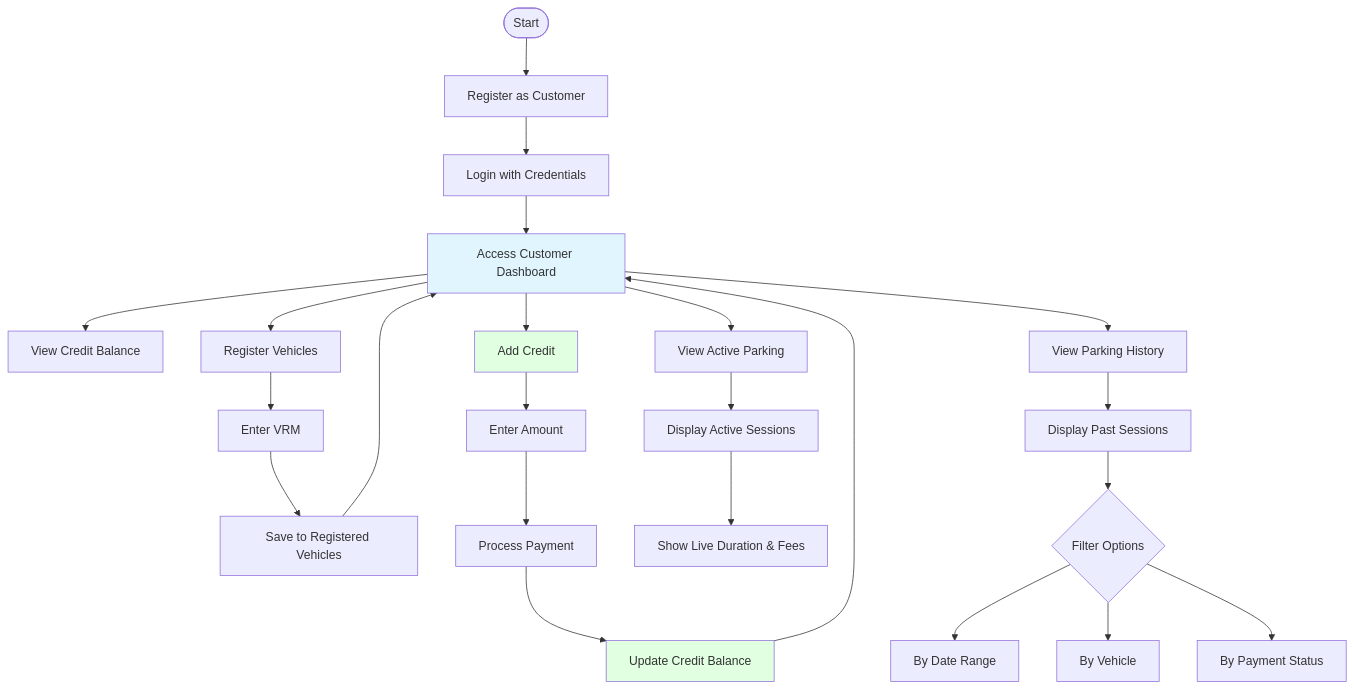
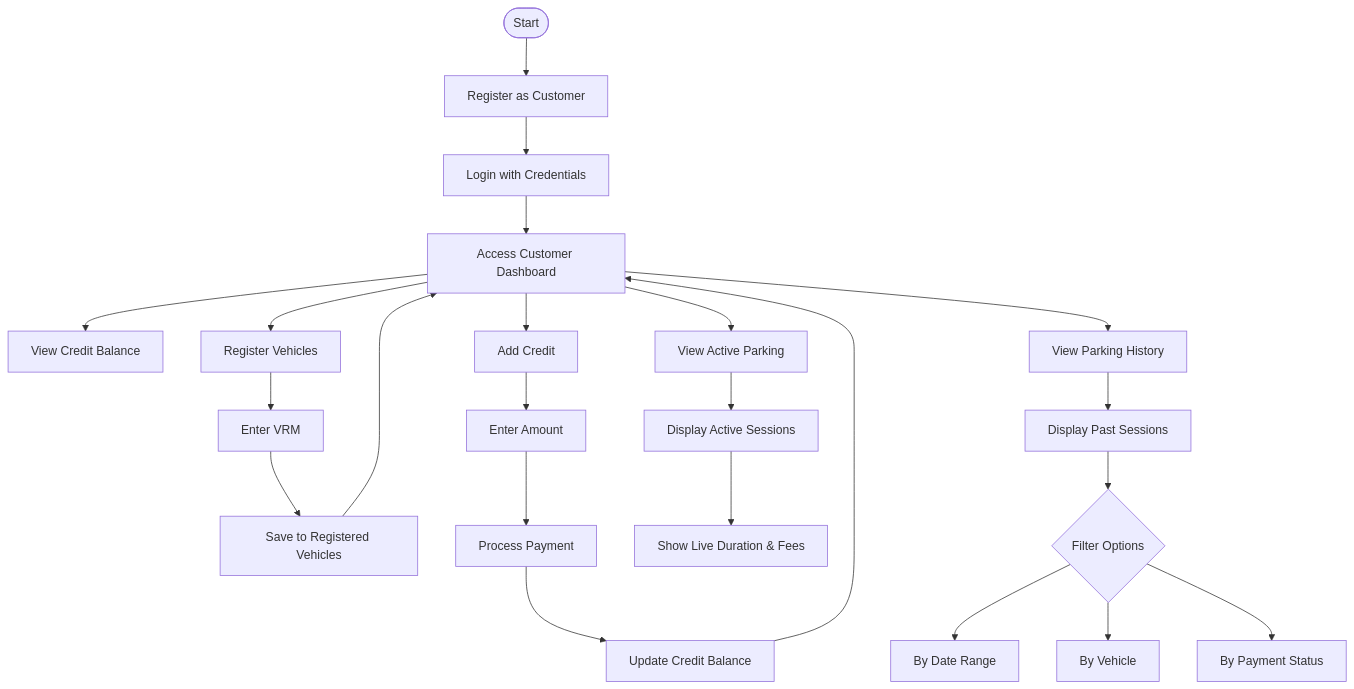
Before and after one commit to iamwasiqueasjid/Car-Parking-Management-ASP.NET-React: the second of 2 diagrams in FrontendFlow.md, drawn with Mermaid. The commit also changed other lines of this file, not shown here.

Commit message:
Frontend flow md style adjustments

````diff
--- a/FrontendFlow.md
+++ b/FrontendFlow.md
@@ -50,33 +46,29 @@
 ```mermaid
 flowchart TD
     Start([Start]) --> Register[Register as Customer]
     Register --> Login[Login with Credentials]
     Login --> Dashboard[Access Customer Dashboard]
     Dashboard --> ViewBalance[View Credit Balance]
     Dashboard --> AddVehicle[Register Vehicles]
     Dashboard --> AddCredit[Add Credit]
     Dashboard --> ViewActive[View Active Parking]
     Dashboard --> ViewHistory[View Parking History]
 
     AddVehicle --> EnterVRM[Enter VRM]
     EnterVRM --> SaveVehicle[Save to Registered Vehicles]
     SaveVehicle --> Dashboard
 
     AddCredit --> EnterAmount[Enter Amount]
     EnterAmount --> ProcessPayment[Process Payment]
     ProcessPayment --> UpdateBalance[Update Credit Balance]
     UpdateBalance --> Dashboard
 
     ViewActive --> ShowSessions[Display Active Sessions]
     ShowSessions --> LiveDuration[Show Live Duration & Fees]
 
     ViewHistory --> ShowPast[Display Past Sessions]
     ShowPast --> FilterHistory{Filter Options}
     FilterHistory --> ByDate[By Date Range]
     FilterHistory --> ByVehicle[By Vehicle]
     FilterHistory --> ByStatus[By Payment Status]
-
-    style Dashboard fill:#e1f5ff
-    style AddCredit fill:#e1ffe1
-    style UpdateBalance fill:#e1ffe1
 ```
````
